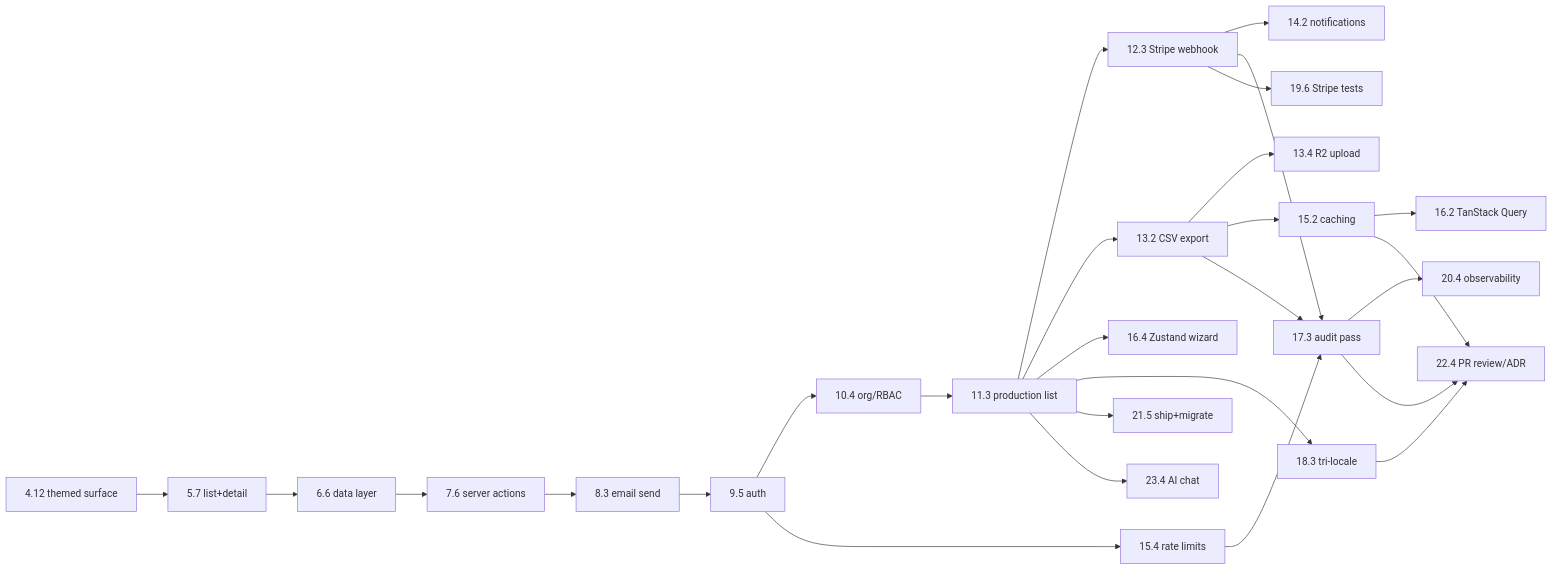
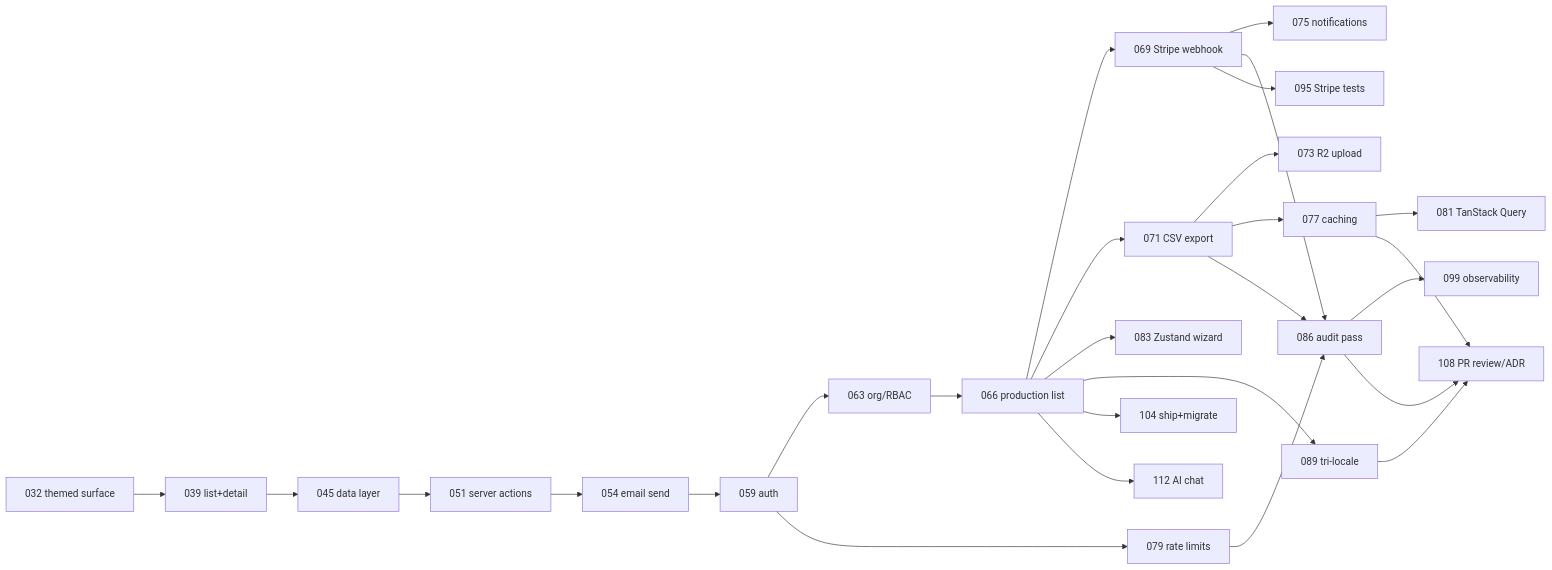
Before and after one commit to terencicp/react-saas-course: the diagram in documentation/content/overview/Project dependencies.md, drawn with Mermaid. The commit also changed 245 other files, not shown here.

````diff
--- a/documentation/content/overview/Project dependencies.md
+++ b/documentation/content/overview/Project dependencies.md
@@ -5,53 +5,53 @@
 ```mermaid
 graph LR
-    n4_12["4.12 themed surface"]
-    n5_7["5.7 list+detail"]
-    n6_6["6.6 data layer"]
-    n7_6["7.6 server actions"]
-    n8_3["8.3 email send"]
-    n9_5["9.5 auth"]
-    n10_4["10.4 org/RBAC"]
-    n11_3["11.3 production list"]
-    n12_3["12.3 Stripe webhook"]
-    n13_2["13.2 CSV export"]
-    n13_4["13.4 R2 upload"]
-    n14_2["14.2 notifications"]
-    n15_2["15.2 caching"]
-    n15_4["15.4 rate limits"]
-    n16_2["16.2 TanStack Query"]
-    n16_4["16.4 Zustand wizard"]
-    n17_3["17.3 audit pass"]
-    n18_3["18.3 tri-locale"]
-    n19_6["19.6 Stripe tests"]
-    n20_4["20.4 observability"]
-    n21_5["21.5 ship+migrate"]
-    n22_4["22.4 PR review/ADR"]
-    n23_4["23.4 AI chat"]
+    n032["032 themed surface"]
+    n039["039 list+detail"]
+    n045["045 data layer"]
+    n051["051 server actions"]
+    n054["054 email send"]
+    n059["059 auth"]
+    n063["063 org/RBAC"]
+    n066["066 production list"]
+    n069["069 Stripe webhook"]
+    n071["071 CSV export"]
+    n073["073 R2 upload"]
+    n075["075 notifications"]
+    n077["077 caching"]
+    n079["079 rate limits"]
+    n081["081 TanStack Query"]
+    n083["083 Zustand wizard"]
+    n086["086 audit pass"]
+    n089["089 tri-locale"]
+    n095["095 Stripe tests"]
+    n099["099 observability"]
+    n104["104 ship+migrate"]
+    n108["108 PR review/ADR"]
+    n112["112 AI chat"]
 
-    n4_12 --> n5_7
-    n5_7 --> n6_6
-    n6_6 --> n7_6
-    n7_6 --> n8_3
-    n8_3 --> n9_5
-    n9_5 --> n10_4
-    n9_5 --> n15_4
-    n10_4 --> n11_3
-    n11_3 --> n12_3
-    n11_3 --> n13_2
-    n11_3 --> n16_4
-    n11_3 --> n18_3
-    n11_3 --> n21_5
-    n11_3 --> n23_4
-    n12_3 --> n14_2
-    n12_3 --> n17_3
-    n12_3 --> n19_6
-    n13_2 --> n13_4
-    n13_2 --> n15_2
-    n13_2 --> n17_3
-    n15_2 --> n16_2
-    n15_2 --> n22_4
-    n15_4 --> n17_3
-    n17_3 --> n20_4
-    n17_3 --> n22_4
-    n18_3 --> n22_4
+    n032 --> n039
+    n039 --> n045
+    n045 --> n051
+    n051 --> n054
+    n054 --> n059
+    n059 --> n063
+    n059 --> n079
+    n063 --> n066
+    n066 --> n069
+    n066 --> n071
+    n066 --> n083
+    n066 --> n089
+    n066 --> n104
+    n066 --> n112
+    n069 --> n075
+    n069 --> n086
+    n069 --> n095
+    n071 --> n073
+    n071 --> n077
+    n071 --> n086
+    n077 --> n081
+    n077 --> n108
+    n079 --> n086
+    n086 --> n099
+    n086 --> n108
+    n089 --> n108
 ```
````
